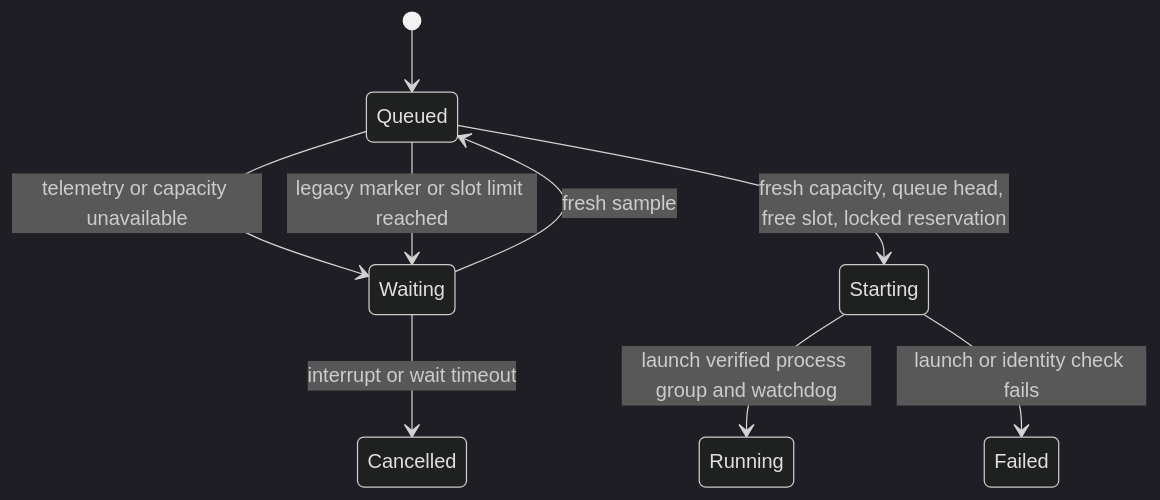
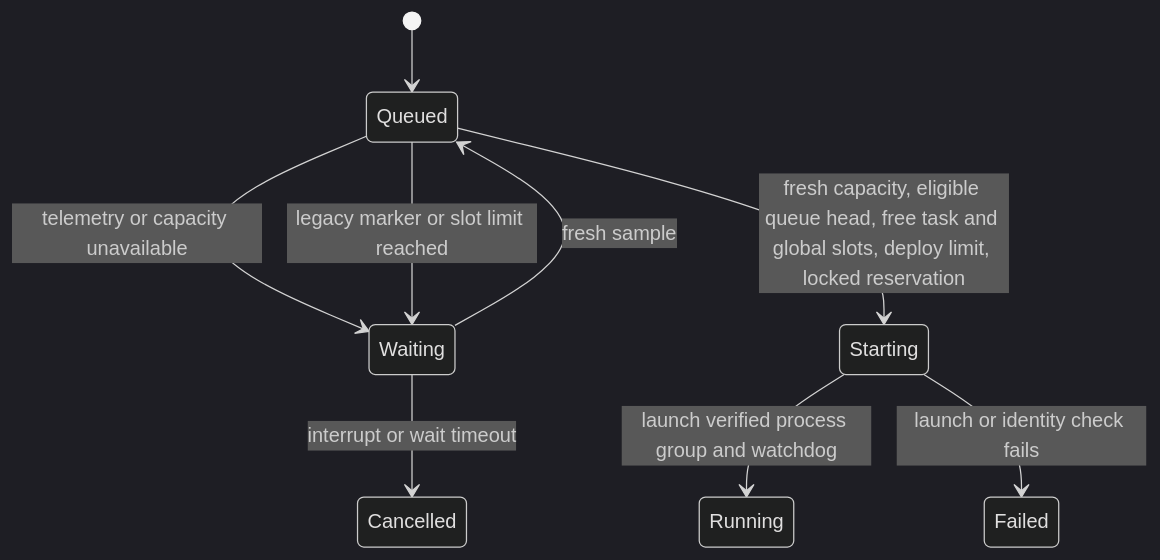
One commit to shyamsivakumar/mac-ops changed the first of 2 diagrams in docs/state-charts/heavy.md. Above: the diagram before and after it, drawn with Mermaid (dark theme). The commit also changed other lines of this file and 4 other files, not shown here.

Commit message:
Prioritize deploy gates and age queued work

````diff
--- a/docs/state-charts/heavy.md
+++ b/docs/state-charts/heavy.md
@@ -5,11 +5,11 @@
 ```mermaid
 stateDiagram-v2
     [*] --> Queued
     Queued --> Waiting: telemetry or capacity unavailable
     Waiting --> Queued: fresh sample
-    Queued --> Starting: fresh capacity, queue head, free slot, locked reservation
+    Queued --> Starting: fresh capacity, eligible queue head, free task and global slots, deploy limit, locked reservation
     Queued --> Waiting: legacy marker or slot limit reached
     Waiting --> Cancelled: interrupt or wait timeout
     Starting --> Running: launch verified process group and watchdog
     Starting --> Failed: launch or identity check fails
 ```
````
